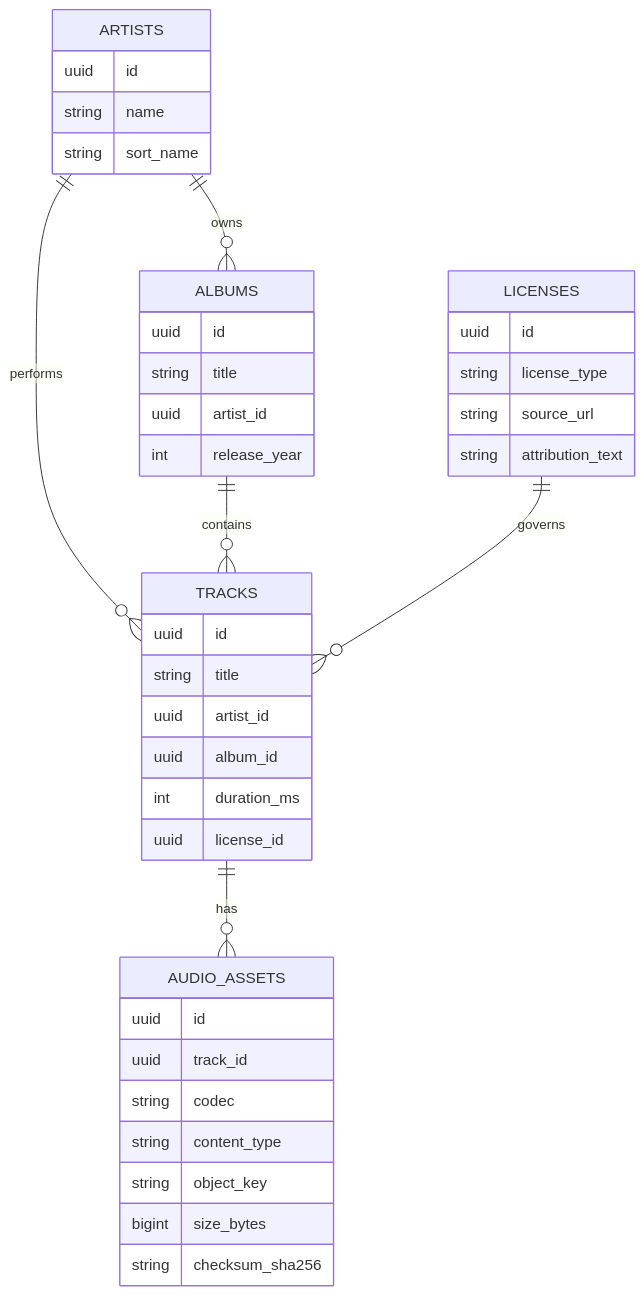
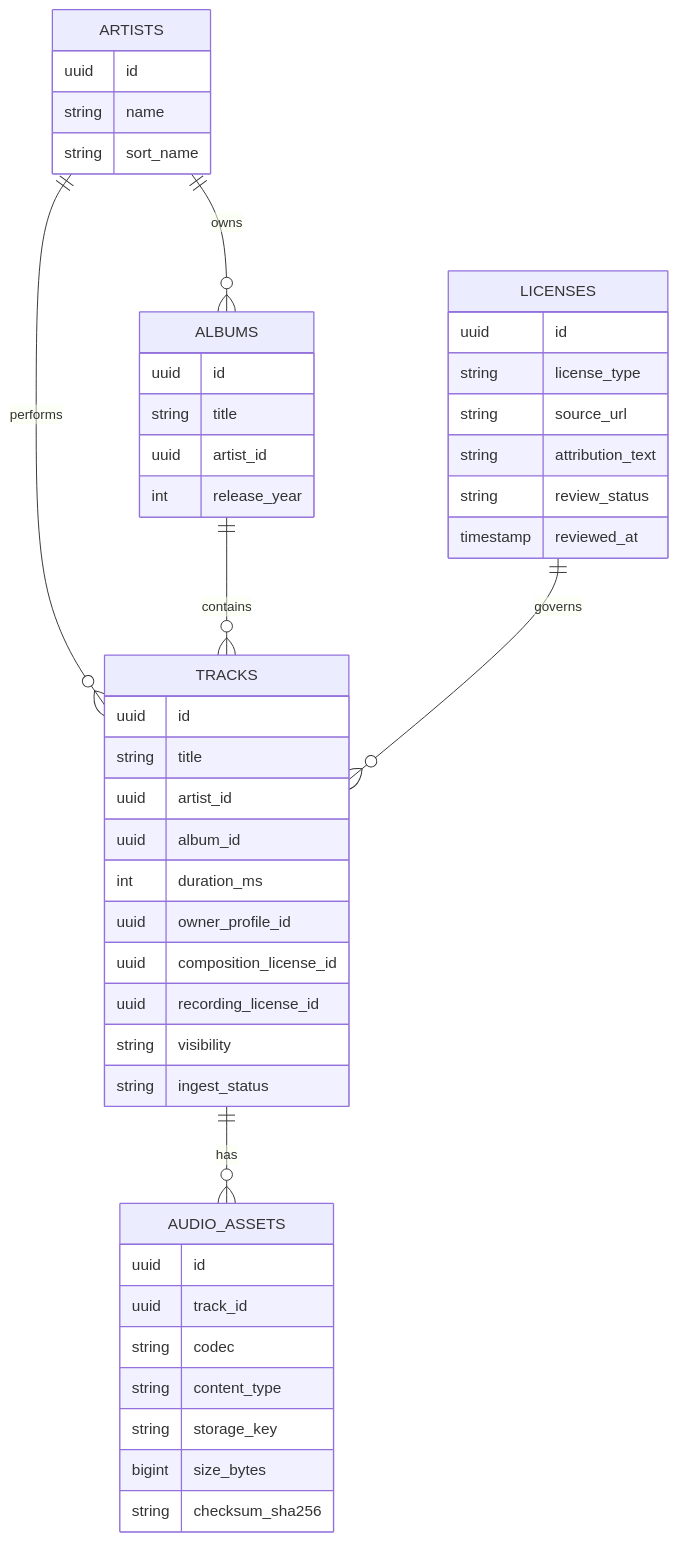
One commit to adrianrusu16/Canopy changed the fourth of 7 diagrams in README.md. Above: the diagram before and after it, drawn with Mermaid. The commit also changed other lines of this file and 20 other files, not shown here.

````diff
--- a/README.md
+++ b/README.md
@@ -397,52 +371,58 @@
 ```mermaid
 erDiagram
 
     ARTISTS ||--o{ ALBUMS : owns
 
     ARTISTS ||--o{ TRACKS : performs
 
     ALBUMS ||--o{ TRACKS : contains
 
     TRACKS ||--o{ AUDIO_ASSETS : has
 
     LICENSES ||--o{ TRACKS : governs
 
     ARTISTS {
         uuid id
         string name
         string sort_name
     }
 
     ALBUMS {
         uuid id
         string title
         uuid artist_id
         int release_year
     }
 
     TRACKS {
         uuid id
         string title
         uuid artist_id
         uuid album_id
         int duration_ms
-        uuid license_id
+        uuid owner_profile_id
+        uuid composition_license_id
+        uuid recording_license_id
+        string visibility
+        string ingest_status
     }
 
     AUDIO_ASSETS {
         uuid id
         uuid track_id
         string codec
         string content_type
-        string object_key
+        string storage_key
         bigint size_bytes
         string checksum_sha256
     }
 
     LICENSES {
         uuid id
         string license_type
         string source_url
         string attribution_text
+        string review_status
+        timestamp reviewed_at
     }
 ```
````
